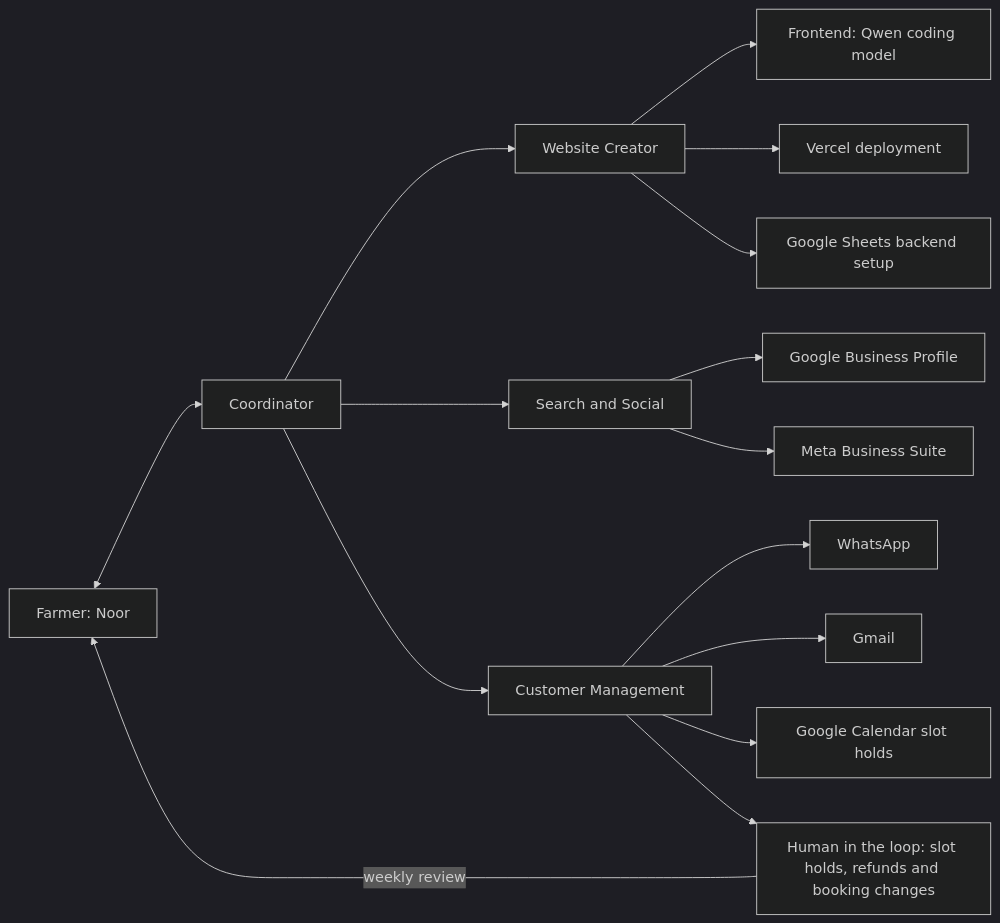
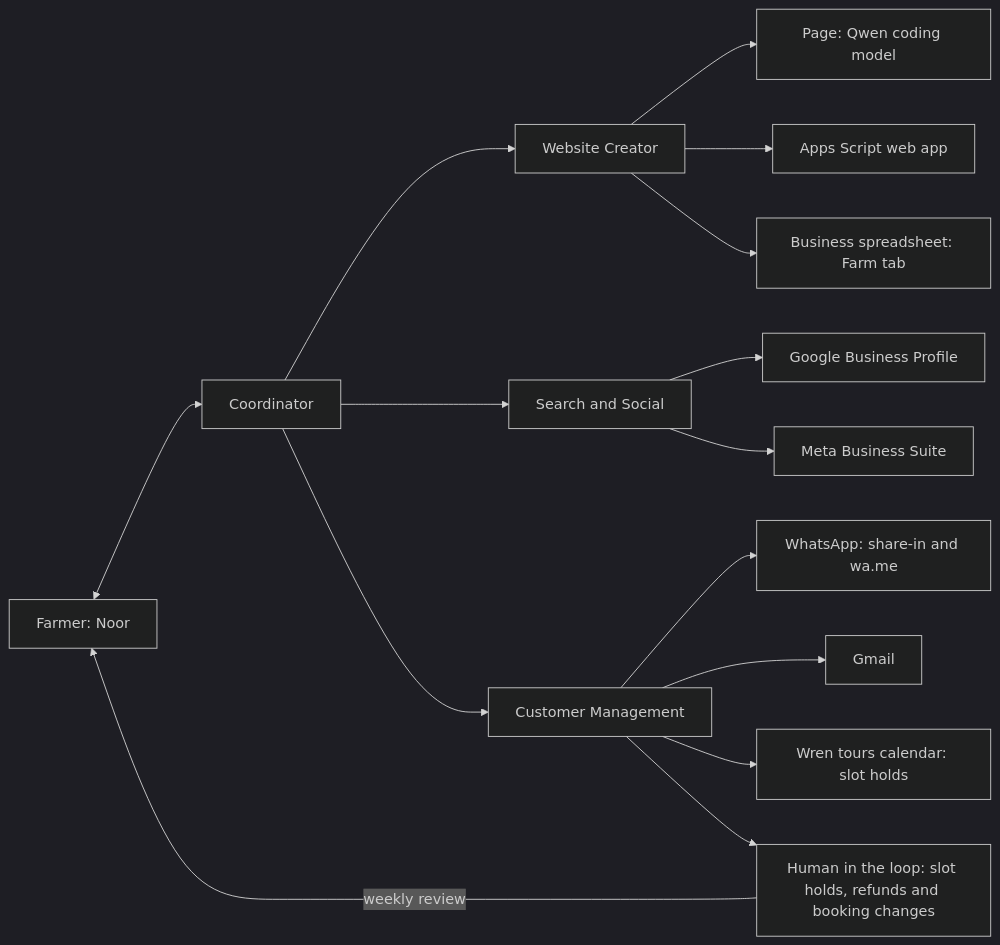
One commit to reversely/hacknation changed the diagram in docs/architecture.md. Above: the diagram before and after it, drawn with Mermaid (dark theme). The commit also changed other lines of this file and 3 other files, not shown here.

First line of the commit message:
docs(architecture): move bookings to Google Calendar and drop the Vercel backend

````diff
--- a/docs/architecture.md
+++ b/docs/architecture.md
@@ -59,17 +60,17 @@
 ```mermaid
 flowchart LR
     F["Farmer: Noor"] <--> C["Coordinator"]
     C --> WCR["Website Creator"]
-    WCR --> FE["Frontend: Qwen coding model"]
-    WCR --> VD["Vercel deployment"]
-    WCR --> GS["Google Sheets backend setup"]
+    WCR --> FE["Page: Qwen coding model"]
+    WCR --> AS["Apps Script web app"]
+    WCR --> GS["Business spreadsheet: Farm tab"]
     C --> SS["Search and Social"]
     SS --> GB["Google Business Profile"]
     SS --> MBS["Meta Business Suite"]
     C --> CM["Customer Management"]
-    CM --> WA["WhatsApp"]
+    CM --> WA["WhatsApp: share-in and wa.me"]
     CM --> GM["Gmail"]
-    CM --> CAL["Google Calendar slot holds"]
+    CM --> CAL["Wren tours calendar: slot holds"]
     CM --> Q["Human in the loop: slot holds, refunds and booking changes"]
     Q -->|"weekly review"| F
 ```
````
